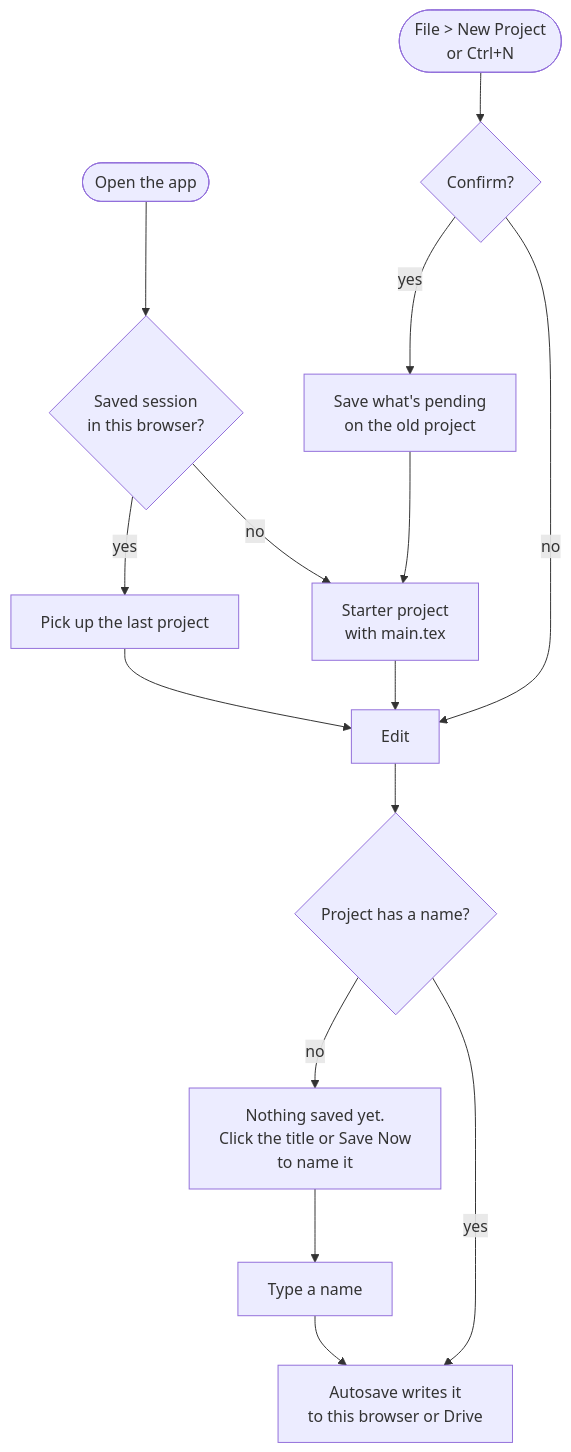
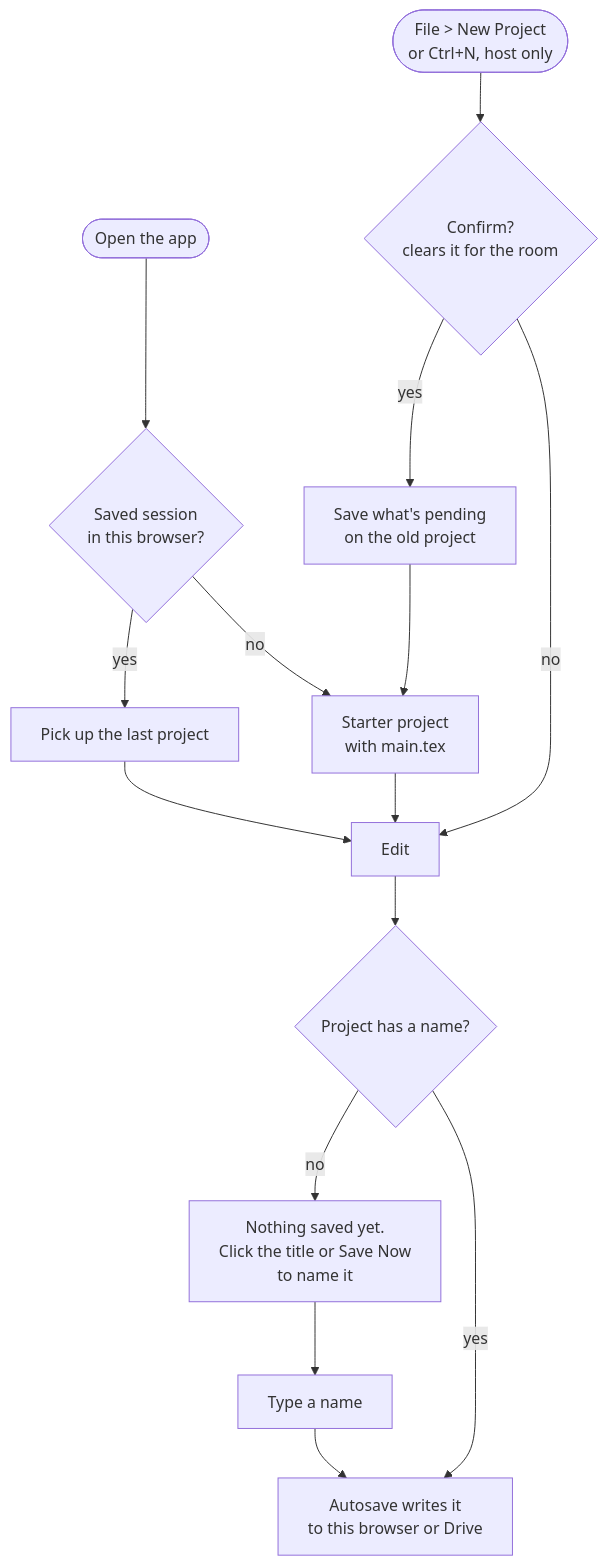
One commit to PrestonHager/LaTeXCollaborativeEditor changed the second of 11 diagrams in docs/how-it-fits.md. Above: the diagram before and after it, drawn with Mermaid. The commit also changed other lines of this file and 11 other files, not shown here.

````diff
--- a/docs/how-it-fits.md
+++ b/docs/how-it-fits.md
@@ -71,17 +74,17 @@
 ```mermaid
 flowchart TD
     A([Open the app]) --> B{Saved session<br/>in this browser?}
     B -- yes --> C[Pick up the last project]
     B -- no --> D[Starter project<br/>with main.tex]
     C --> E[Edit]
     D --> E
-    N([File > New Project<br/>or Ctrl+N]) --> F{Confirm?}
+    N([File > New Project<br/>or Ctrl+N, host only]) --> F{Confirm?<br/>clears it for the room}
     F -- no --> E
     F -- yes --> G[Save what's pending<br/>on the old project]
     G --> D
     E --> H{Project has a name?}
     H -- no --> I[Nothing saved yet.<br/>Click the title or Save Now<br/>to name it]
     I --> J[Type a name]
     J --> K[Autosave writes it<br/>to this browser or Drive]
     H -- yes --> K
 ```
````
